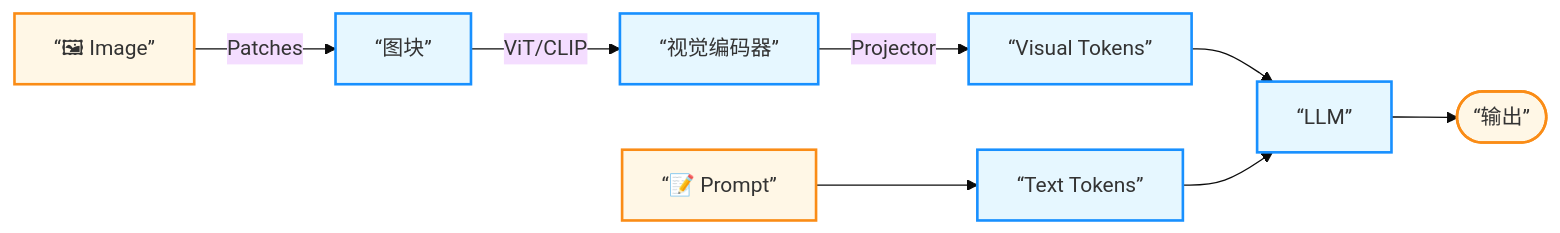
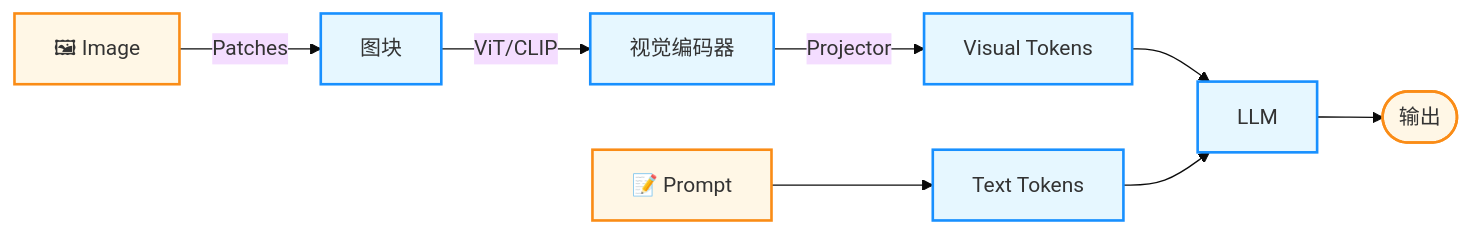
The first of 3 diagrams in 04_tools/4.6_multimodal.md (yeasy/agentic_ai_guide), drawn with Mermaid (base theme) before and after one commit. The commit also changed 13 other files, not shown here.

Commit message:
Fix MCP spec date, Mermaid quotes and A2A governance

````diff
--- a/04_tools/4.6_multimodal.md
+++ b/04_tools/4.6_multimodal.md
@@ -47,18 +47,18 @@
 ```mermaid
 graph LR
     classDef agent fill:#e6f7ff,stroke:#1890ff,stroke-width:2px;
     classDef tool fill:#f6ffed,stroke:#52c41a,stroke-width:2px;
     classDef user fill:#fff7e6,stroke:#fa8c16,stroke-width:2px;
 
-    Img[“🖼 Image”] -->|Patches| P[“图块”]
-    P -->|ViT/CLIP| Enc[“视觉编码器”]
-    Enc -->|Projector| Tok[“Visual Tokens”]
-    Txt[“📝 Prompt”] --> TTok[“Text Tokens”]
-    Tok & TTok --> LLM[“LLM”]
-    LLM --> Out([“输出”])
+    Img["🖼 Image"] -->|Patches| P["图块"]
+    P -->|ViT/CLIP| Enc["视觉编码器"]
+    Enc -->|Projector| Tok["Visual Tokens"]
+    Txt["📝 Prompt"] --> TTok["Text Tokens"]
+    Tok & TTok --> LLM["LLM"]
+    LLM --> Out(["输出"])
 
     class Img,Txt user;
     class P,Enc,Tok,TTok agent;
     class LLM agent;
     class Out user;
 ```
````
